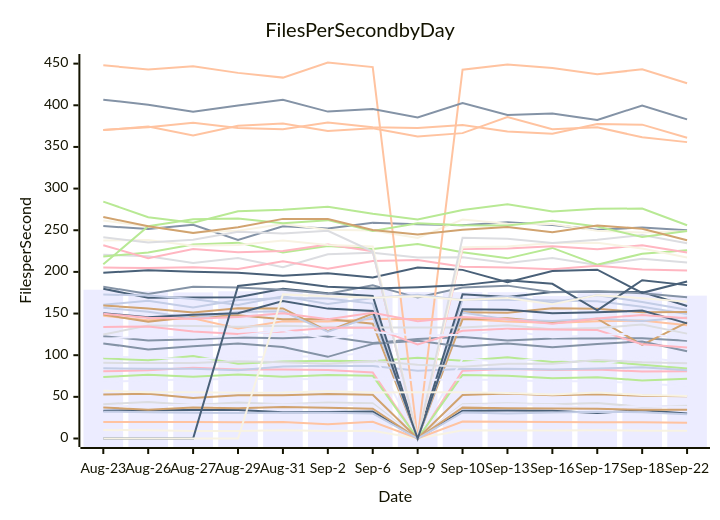
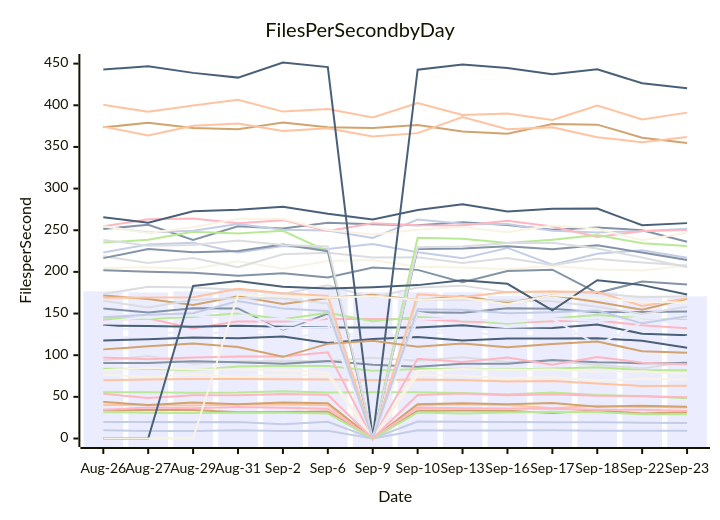
One commit to streetsidesoftware/cspell changed the diagram in perf-report.md. Above: the diagram before and after it, drawn with Mermaid. The commit also changed other lines of this file and 1 other file, not shown here.

````diff
--- a/perf-report.md
+++ b/perf-report.md
@@ -10,56 +10,56 @@
 ```mermaid
 xychart-beta
     title Files Per Second by Day
     y-axis Files per Second
-    x-axis Date [Aug-23, Aug-26, Aug-27, Aug-29, Aug-31, Sep-2, Sep-6, Sep-9, Sep-10, Sep-13, Sep-16, Sep-17, Sep-18, Sep-22]
-    bar [178.59, 176.65, 175.34, 176.71, 179.62, 175.68, 178.38, 175.73, 175.70, 175.56, 170.99, 174.42, 176.15, 171.49]
-    line [122.78, 117.70, 119.12, 121.35, 120.42, 122.42, 114.54, 119.33, 121.78, 117.69, 120.09, 120.05, 120.31, 117.43]
-    line [147.23, 141.82, 144.43, 131.99, 140.70, 140.40, 143.33, 143.38, 143.55, 140.59, 138.57, 140.62, 141.72, 135.93]
-    line [41.26, 43.81, 40.27, 43.32, 41.01, 43.29, 42.33, 0.00, 41.15, 42.24, 41.01, 42.53, 38.05, 39.43]
-    line [96.21, 93.90, 98.97, 89.73, 92.49, 93.42, 92.85, 96.99, 93.46, 97.52, 91.70, 93.14, 88.50, 84.12]
-    line [148.79, 140.03, 146.17, 148.08, 143.16, 143.31, 137.86, 0.00, 143.10, 144.41, 139.70, 143.74, 112.39, 139.33]
-    line [160.53, 165.45, 157.28, 166.29, 168.59, 168.11, 162.00, 0.00, 166.81, 166.56, 165.69, 164.68, 158.25, 149.51]
-    line [80.62, 81.99, 84.93, 82.93, 82.69, 82.19, 79.19, 0.00, 81.30, 83.34, 82.19, 82.78, 80.29, 80.65]
-    line [33.44, 33.88, 34.28, 34.29, 31.46, 31.96, 32.39, 0.00, 33.27, 33.48, 33.18, 30.65, 34.02, 29.87]
-    line [10.21, 9.79, 8.96, 9.05, 9.81, 8.92, 9.30, 0.00, 9.85, 9.67, 9.68, 9.92, 9.37, 9.23]
-    line [37.81, 40.07, 40.16, 39.52, 40.88, 40.72, 39.85, 0.00, 39.94, 41.26, 40.08, 36.34, 39.18, 37.74]
-    line [254.96, 251.52, 256.47, 238.41, 254.64, 251.96, 258.89, 257.30, 255.86, 259.52, 256.30, 250.62, 253.31, 250.10]
-    line [19.78, 19.77, 19.75, 19.38, 19.78, 17.23, 19.98, 0.00, 20.38, 20.10, 19.75, 19.58, 19.44, 18.99]
-    line [220.63, 218.66, 210.78, 216.53, 205.56, 221.13, 223.08, 217.30, 217.60, 210.80, 216.66, 208.33, 215.69, 211.15]
-    line [218.52, 223.39, 232.83, 235.11, 223.20, 230.93, 227.50, 233.38, 223.69, 216.25, 228.77, 208.66, 221.89, 226.09]
-    line [37.19, 34.46, 37.13, 36.19, 37.79, 36.83, 35.85, 0.00, 37.06, 36.42, 35.98, 35.70, 34.54, 34.55]
-    line [84.37, 83.76, 83.84, 82.02, 86.32, 87.46, 87.14, 81.35, 83.34, 83.78, 82.79, 83.96, 85.57, 82.01]
-    line [205.16, 204.73, 205.50, 203.46, 212.85, 203.78, 213.00, 214.26, 206.28, 205.22, 203.09, 207.23, 202.88, 201.82]
-    line [179.71, 169.02, 169.12, 169.70, 179.72, 174.42, 171.06, 0.00, 173.10, 169.76, 175.73, 176.36, 175.75, 159.14]
-    line [261.73, 254.45, 247.25, 249.51, 257.53, 250.46, 249.77, 240.66, 262.89, 257.78, 257.49, 249.43, 247.25, 248.88]
-    line [98.20, 97.14, 95.15, 97.31, 98.42, 98.44, 103.61, 0.00, 95.82, 91.96, 97.25, 88.47, 97.89, 91.06]
-    line [182.24, 173.51, 182.05, 181.30, 178.67, 173.82, 183.91, 169.15, 181.18, 183.51, 175.60, 176.44, 174.39, 169.65]
-    line [448.11, 442.87, 446.82, 438.90, 433.22, 451.36, 445.82, 0.00, 442.79, 448.98, 444.77, 437.29, 443.15, 426.39]
-    line [124.86, 135.53, 135.15, 134.28, 135.44, 134.10, 133.16, 133.12, 133.37, 136.08, 131.30, 132.64, 136.81, 125.88]
-    line [73.82, 76.46, 74.01, 76.69, 74.15, 76.26, 75.33, 0.00, 76.18, 75.30, 72.34, 73.59, 69.54, 71.59]
-    line [159.80, 156.02, 151.31, 156.46, 156.20, 128.81, 149.88, 0.00, 151.49, 151.06, 156.36, 155.63, 151.63, 151.94]
-    line [157.05, 152.12, 144.60, 151.74, 152.77, 128.16, 146.70, 0.00, 151.25, 142.95, 141.14, 143.95, 140.92, 145.29]
-    line [231.92, 216.52, 227.39, 223.72, 225.22, 232.84, 224.81, 0.00, 227.34, 228.09, 230.87, 227.16, 231.88, 223.22]
-    line [198.92, 201.94, 200.15, 198.85, 195.27, 198.37, 193.18, 205.21, 202.42, 187.59, 200.94, 202.64, 174.86, 188.42]
-    line [237.83, 238.28, 231.51, 232.29, 237.57, 232.38, 230.54, 0.00, 229.61, 230.62, 234.72, 234.92, 228.04, 217.32]
-    line [67.44, 70.02, 70.97, 71.48, 71.44, 71.07, 70.80, 70.10, 70.83, 70.27, 68.51, 69.01, 65.91, 63.15]
-    line [114.15, 106.99, 110.60, 113.93, 109.73, 98.03, 113.59, 117.23, 110.00, 114.04, 109.51, 113.51, 116.46, 104.81]
-    line [370.41, 373.49, 378.95, 372.79, 371.32, 379.20, 373.63, 372.65, 376.36, 368.52, 365.71, 377.56, 376.77, 361.09]
-    line [241.48, 235.19, 238.66, 248.28, 246.15, 249.29, 224.39, 0.00, 241.04, 239.64, 234.60, 238.64, 244.36, 234.31]
-    line [284.39, 265.58, 259.03, 272.73, 274.59, 278.30, 269.85, 262.88, 274.40, 281.31, 272.54, 275.91, 275.97, 256.03]
-    line [52.81, 53.66, 48.74, 52.00, 52.00, 53.54, 52.52, 0.00, 52.32, 54.12, 51.77, 53.09, 51.40, 50.85]
-    line [32.21, 31.61, 31.00, 30.67, 31.04, 30.96, 30.04, 0.00, 31.22, 29.93, 31.17, 32.23, 31.60, 29.23]
-    line [133.85, 134.48, 128.45, 125.51, 128.57, 133.06, 133.03, 112.77, 129.44, 131.63, 130.97, 130.22, 113.06, 109.25]
-    line [150.33, 145.56, 148.61, 150.44, 164.92, 155.92, 153.19, 0.00, 155.03, 154.46, 150.27, 151.44, 153.53, 138.23]
-    line [57.37, 55.42, 55.44, 54.92, 55.19, 56.79, 55.22, 55.40, 55.63, 54.54, 52.86, 55.21, 52.35, 50.94]
-    line [119.73, 122.40, 121.04, 123.38, 130.04, 119.32, 127.89, 123.29, 124.49, 129.64, 121.66, 124.08, 126.72, 119.08]
-    line [406.75, 400.52, 392.20, 399.70, 406.57, 392.41, 395.48, 385.49, 402.68, 388.38, 390.24, 382.26, 399.81, 383.04]
-    line [370.26, 374.39, 363.66, 375.36, 378.12, 369.19, 372.46, 362.58, 366.57, 385.92, 371.23, 373.66, 361.57, 355.78]
-    line [90.81, 90.69, 90.61, 92.79, 91.57, 89.68, 92.88, 88.59, 86.05, 89.85, 89.86, 94.27, 91.54, 90.45]
-    line [209.05, 254.71, 263.18, 264.22, 258.50, 262.12, 249.11, 258.37, 255.88, 255.75, 261.30, 254.48, 241.79, 249.14]
-    line [265.85, 254.87, 246.75, 253.70, 263.63, 263.57, 250.38, 244.75, 250.69, 253.77, 247.48, 255.65, 251.83, 237.98]
-    line [172.78, 171.71, 167.41, 160.25, 170.61, 161.33, 168.54, 172.61, 166.17, 170.88, 163.08, 171.82, 163.97, 154.58]
-    line [149.65, 145.04, 143.72, 145.86, 150.29, 143.06, 151.08, 140.90, 145.94, 143.19, 137.67, 143.95, 148.30, 144.49]
-    line [0.00, 0.00, 0.00, 183.14, 189.02, 182.17, 179.93, 181.55, 184.12, 189.95, 185.74, 153.97, 189.99, 184.11]
-    line [0.00, 0.00, 0.00, 0.00, 172.99, 170.71, 168.98, 170.63, 166.15, 168.68, 161.23, 172.09, 168.48, 164.20]
+    x-axis Date [Aug-26, Aug-27, Aug-29, Aug-31, Sep-2, Sep-6, Sep-9, Sep-10, Sep-13, Sep-16, Sep-17, Sep-18, Sep-22, Sep-23]
+    bar [176.65, 175.34, 176.71, 179.62, 175.68, 178.38, 175.73, 175.70, 175.56, 170.99, 174.42, 176.15, 171.49, 170.60]
+    line [156.02, 151.31, 156.46, 156.20, 128.81, 149.88, 0.00, 151.49, 151.06, 156.36, 155.63, 151.63, 151.94, 152.50]
+    line [70.02, 70.97, 71.48, 71.44, 71.07, 70.80, 70.10, 70.83, 70.27, 68.51, 69.01, 65.91, 63.15, 63.41]
+    line [93.90, 98.97, 89.73, 92.49, 93.42, 92.85, 96.99, 93.46, 97.52, 91.70, 93.14, 88.50, 84.12, 92.41]
+    line [83.76, 83.84, 82.02, 86.32, 87.46, 87.14, 81.35, 83.34, 83.78, 82.79, 83.96, 85.57, 82.01, 81.81]
+    line [373.49, 378.95, 372.79, 371.32, 379.20, 373.63, 372.65, 376.36, 368.52, 365.71, 377.56, 376.77, 361.09, 354.59]
+    line [223.39, 232.83, 235.11, 223.20, 230.93, 227.50, 233.38, 223.69, 216.25, 228.77, 208.66, 221.89, 226.09, 216.90]
+    line [141.82, 144.43, 131.99, 140.70, 140.40, 143.33, 143.38, 143.55, 140.59, 138.57, 140.62, 141.72, 135.93, 132.42]
+    line [135.53, 135.15, 134.28, 135.44, 134.10, 133.16, 133.12, 133.37, 136.08, 131.30, 132.64, 136.81, 125.88, 123.97]
+    line [204.73, 205.50, 203.46, 212.85, 203.78, 213.00, 214.26, 206.28, 205.22, 203.09, 207.23, 202.88, 201.82, 207.79]
+    line [134.48, 128.45, 125.51, 128.57, 133.06, 133.03, 112.77, 129.44, 131.63, 130.97, 130.22, 113.06, 109.25, 122.56]
+    line [251.52, 256.47, 238.41, 254.64, 251.96, 258.89, 257.30, 255.86, 259.52, 256.30, 250.62, 253.31, 250.10, 236.21]
+    line [374.39, 363.66, 375.36, 378.12, 369.19, 372.46, 362.58, 366.57, 385.92, 371.23, 373.66, 361.57, 355.78, 361.81]
+    line [218.66, 210.78, 216.53, 205.56, 221.13, 223.08, 217.30, 217.60, 210.80, 216.66, 208.33, 215.69, 211.15, 207.60]
+    line [55.42, 55.44, 54.92, 55.19, 56.79, 55.22, 55.40, 55.63, 54.54, 52.86, 55.21, 52.35, 50.94, 48.45]
+    line [171.71, 167.41, 160.25, 170.61, 161.33, 168.54, 172.61, 166.17, 170.88, 163.08, 171.82, 163.97, 154.58, 167.67]
+    line [254.45, 247.25, 249.51, 257.53, 250.46, 249.77, 240.66, 262.89, 257.78, 257.49, 249.43, 247.25, 248.88, 251.75]
+    line [254.71, 263.18, 264.22, 258.50, 262.12, 249.11, 258.37, 255.88, 255.75, 261.30, 254.48, 241.79, 249.14, 250.28]
+    line [265.58, 259.03, 272.73, 274.59, 278.30, 269.85, 262.88, 274.40, 281.31, 272.54, 275.91, 275.97, 256.03, 258.54]
+    line [254.87, 246.75, 253.70, 263.63, 263.57, 250.38, 244.75, 250.69, 253.77, 247.48, 255.65, 251.83, 237.98, 246.89]
+    line [122.40, 121.04, 123.38, 130.04, 119.32, 127.89, 123.29, 124.49, 129.64, 121.66, 124.08, 126.72, 119.08, 118.45]
+    line [90.69, 90.61, 92.79, 91.57, 89.68, 92.88, 88.59, 86.05, 89.85, 89.86, 94.27, 91.54, 90.45, 90.71]
+    line [400.52, 392.20, 399.70, 406.57, 392.41, 395.48, 385.49, 402.68, 388.38, 390.24, 382.26, 399.81, 383.04, 391.20]
+    line [173.51, 182.05, 181.30, 178.67, 173.82, 183.91, 169.15, 181.18, 183.51, 175.60, 176.44, 174.39, 169.65, 170.91]
+    line [145.04, 143.72, 145.86, 150.29, 143.06, 151.08, 140.90, 145.94, 143.19, 137.67, 143.95, 148.30, 144.49, 142.14]
+    line [33.88, 34.28, 34.29, 31.46, 31.96, 32.39, 0.00, 33.27, 33.48, 33.18, 30.65, 34.02, 29.87, 31.63]
+    line [9.79, 8.96, 9.05, 9.81, 8.92, 9.30, 0.00, 9.85, 9.67, 9.68, 9.92, 9.37, 9.23, 9.26]
+    line [97.14, 95.15, 97.31, 98.42, 98.44, 103.61, 0.00, 95.82, 91.96, 97.25, 88.47, 97.89, 91.06, 89.08]
+    line [117.70, 119.12, 121.35, 120.42, 122.42, 114.54, 119.33, 121.78, 117.69, 120.09, 120.05, 120.31, 117.43, 109.01]
+    line [76.46, 74.01, 76.69, 74.15, 76.26, 75.33, 0.00, 76.18, 75.30, 72.34, 73.59, 69.54, 71.59, 70.97]
+    line [140.03, 146.17, 148.08, 143.16, 143.31, 137.86, 0.00, 143.10, 144.41, 139.70, 143.74, 112.39, 139.33, 141.10]
+    line [201.94, 200.15, 198.85, 195.27, 198.37, 193.18, 205.21, 202.42, 187.59, 200.94, 202.64, 174.86, 188.42, 184.98]
+    line [40.07, 40.16, 39.52, 40.88, 40.72, 39.85, 0.00, 39.94, 41.26, 40.08, 36.34, 39.18, 37.74, 37.18]
+    line [165.45, 157.28, 166.29, 168.59, 168.11, 162.00, 0.00, 166.81, 166.56, 165.69, 164.68, 158.25, 149.51, 158.09]
+    line [235.19, 238.66, 248.28, 246.15, 249.29, 224.39, 0.00, 241.04, 239.64, 234.60, 238.64, 244.36, 234.31, 230.98]
+    line [43.81, 40.27, 43.32, 41.01, 43.29, 42.33, 0.00, 41.15, 42.24, 41.01, 42.53, 38.05, 39.43, 38.14]
+    line [19.77, 19.75, 19.38, 19.78, 17.23, 19.98, 0.00, 20.38, 20.10, 19.75, 19.58, 19.44, 18.99, 18.71]
+    line [34.46, 37.13, 36.19, 37.79, 36.83, 35.85, 0.00, 37.06, 36.42, 35.98, 35.70, 34.54, 34.55, 33.11]
+    line [442.87, 446.82, 438.90, 433.22, 451.36, 445.82, 0.00, 442.79, 448.98, 444.77, 437.29, 443.15, 426.39, 420.42]
+    line [81.99, 84.93, 82.93, 82.69, 82.19, 79.19, 0.00, 81.30, 83.34, 82.19, 82.78, 80.29, 80.65, 77.47]
+    line [152.12, 144.60, 151.74, 152.77, 128.16, 146.70, 0.00, 151.25, 142.95, 141.14, 143.95, 140.92, 145.29, 140.59]
+    line [216.52, 227.39, 223.72, 225.22, 232.84, 224.81, 0.00, 227.34, 228.09, 230.87, 227.16, 231.88, 223.22, 214.31]
+    line [169.02, 169.12, 169.70, 179.72, 174.42, 171.06, 0.00, 173.10, 169.76, 175.73, 176.36, 175.75, 159.14, 168.41]
+    line [238.28, 231.51, 232.29, 237.57, 232.38, 230.54, 0.00, 229.61, 230.62, 234.72, 234.92, 228.04, 217.32, 205.66]
+    line [31.61, 31.00, 30.67, 31.04, 30.96, 30.04, 0.00, 31.22, 29.93, 31.17, 32.23, 31.60, 29.23, 29.18]
+    line [106.99, 110.60, 113.93, 109.73, 98.03, 113.59, 117.23, 110.00, 114.04, 109.51, 113.51, 116.46, 104.81, 102.79]
+    line [145.56, 148.61, 150.44, 164.92, 155.92, 153.19, 0.00, 155.03, 154.46, 150.27, 151.44, 153.53, 138.23, 146.78]
+    line [53.66, 48.74, 52.00, 52.00, 53.54, 52.52, 0.00, 52.32, 54.12, 51.77, 53.09, 51.40, 50.85, 49.44]
+    line [0.00, 0.00, 183.14, 189.02, 182.17, 179.93, 181.55, 184.12, 189.95, 185.74, 153.97, 189.99, 184.11, 172.95]
+    line [0.00, 0.00, 0.00, 172.99, 170.71, 168.98, 170.63, 166.15, 168.68, 161.23, 172.09, 168.48, 164.20, 163.31]
 ```
````
